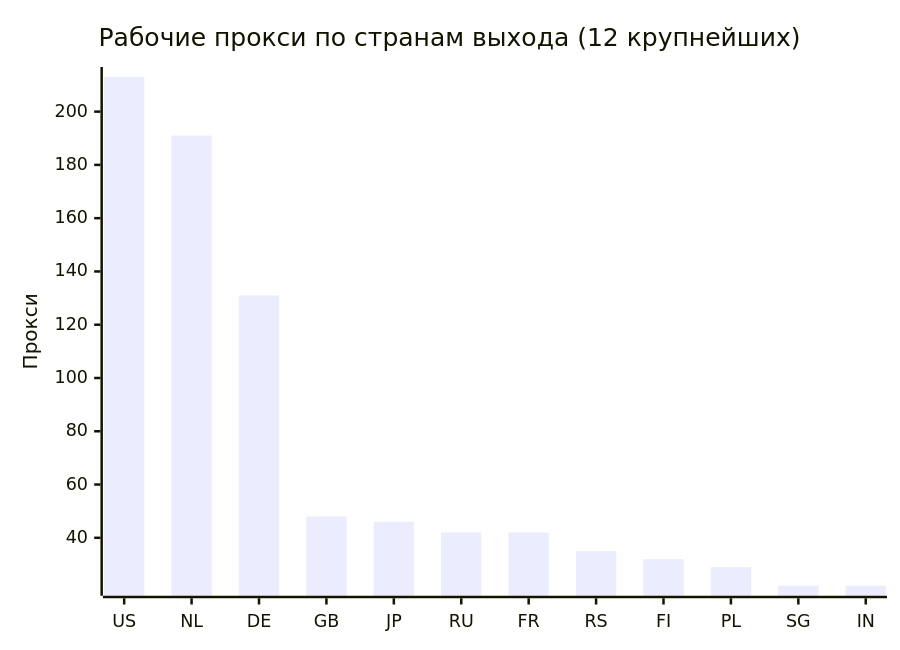
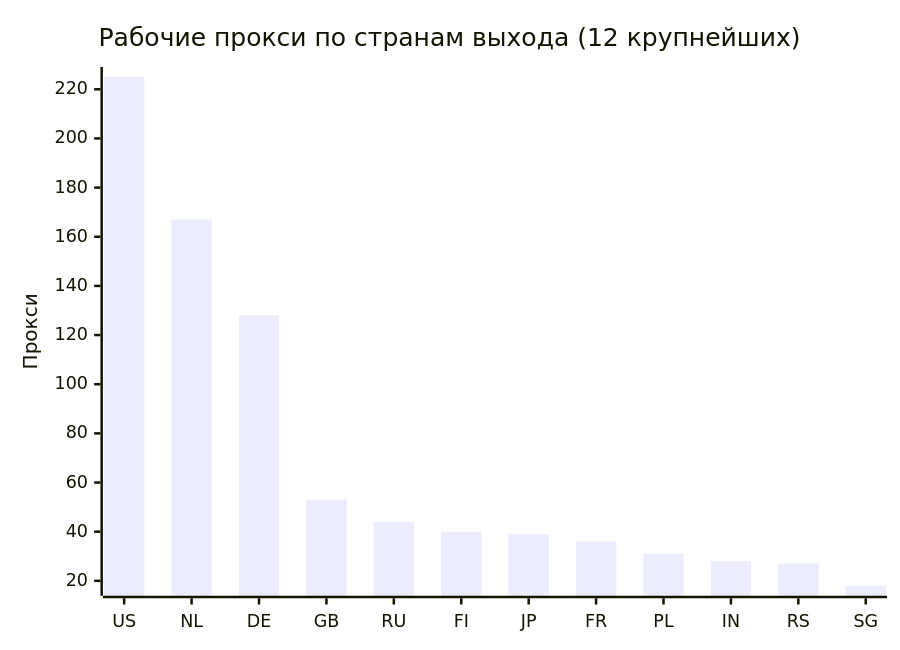
Before and after one commit to rvvg/proxy-subs: the second of 4 diagrams in README.md, drawn with Mermaid. The commit also changed other lines of this file and 54 other files, not shown here.

````diff
--- a/README.md
+++ b/README.md
@@ -128,7 +137,7 @@
 ```mermaid
 xychart-beta
     title "Рабочие прокси по странам выхода (12 крупнейших)"
-    x-axis ["US", "NL", "DE", "GB", "JP", "RU", "FR", "RS", "FI", "PL", "SG", "IN"]
+    x-axis ["US", "NL", "DE", "GB", "RU", "FI", "JP", "FR", "PL", "IN", "RS", "SG"]
     y-axis "Прокси"
-    bar [213, 191, 131, 48, 46, 42, 42, 35, 32, 29, 22, 22]
+    bar [225, 167, 128, 53, 44, 40, 39, 36, 31, 28, 27, 18]
 ```
````
